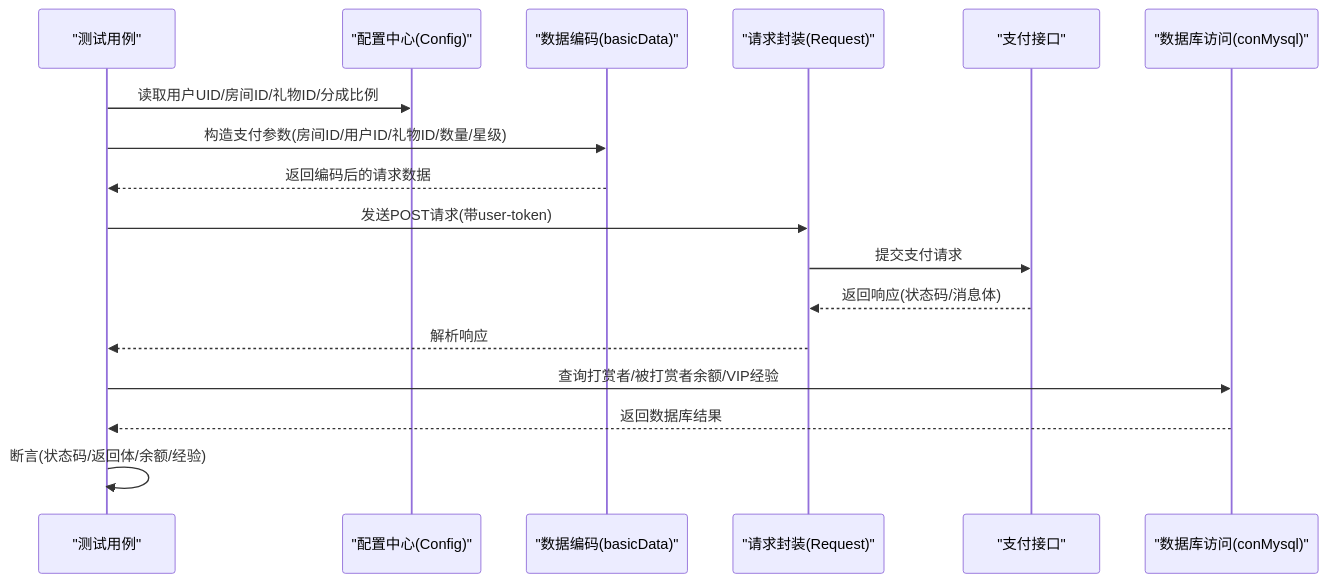
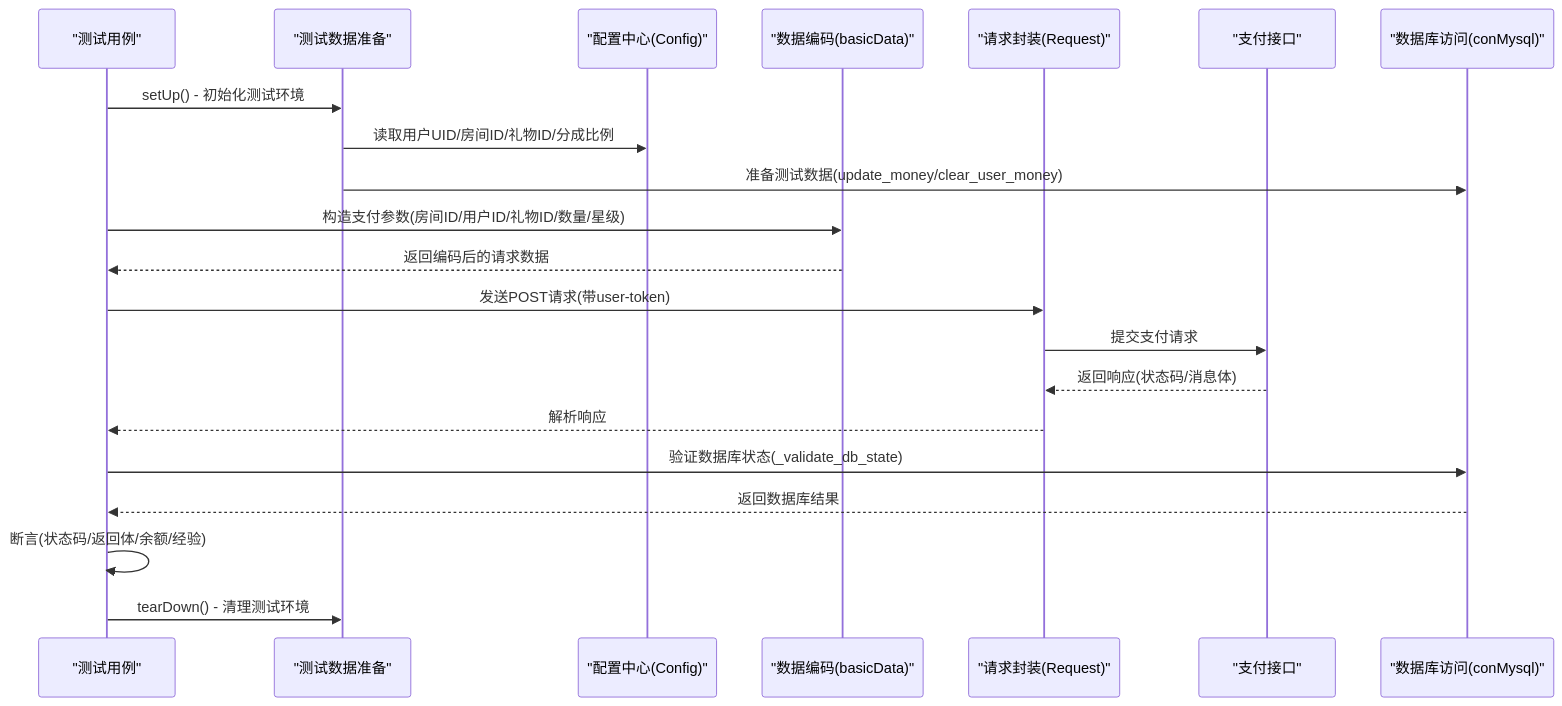
Before and after one commit to liximing1-ola/qa-payTest: the second of 4 diagrams in .qoder/repowiki/zh/content/支付测试用例/房间支付测试/美颜房支付测试.md, drawn with Mermaid. The commit also changed other lines of this file and 103 other files, not shown here.

````diff
--- a/.qoder/repowiki/zh/content/支付测试用例/房间支付测试/美颜房支付测试.md
+++ b/.qoder/repowiki/zh/content/支付测试用例/房间支付测试/美颜房支付测试.md
@@ -115,19 +129,23 @@
 ```mermaid
 sequenceDiagram
 participant TC as "测试用例"
+participant SETUP as "测试数据准备"
 participant CFG as "配置中心(Config)"
 participant ENC as "数据编码(basicData)"
 participant REQ as "请求封装(Request)"
 participant API as "支付接口"
 participant DB as "数据库访问(conMysql)"
-TC->>CFG : 读取用户UID/房间ID/礼物ID/分成比例
+TC->>SETUP : setUp() - 初始化测试环境
+SETUP->>CFG : 读取用户UID/房间ID/礼物ID/分成比例
+SETUP->>DB : 准备测试数据(update_money/clear_user_money)
 TC->>ENC : 构造支付参数(房间ID/用户ID/礼物ID/数量/星级)
 ENC-->>TC : 返回编码后的请求数据
 TC->>REQ : 发送POST请求(带user-token)
 REQ->>API : 提交支付请求
 API-->>REQ : 返回响应(状态码/消息体)
 REQ-->>TC : 解析响应
-TC->>DB : 查询打赏者/被打赏者余额/VIP经验
+TC->>DB : 验证数据库状态(_validate_db_state)
 DB-->>TC : 返回数据库结果
 TC->>TC : 断言(状态码/返回体/余额/经验)
+TC->>SETUP : tearDown() - 清理测试环境
 ```
````
